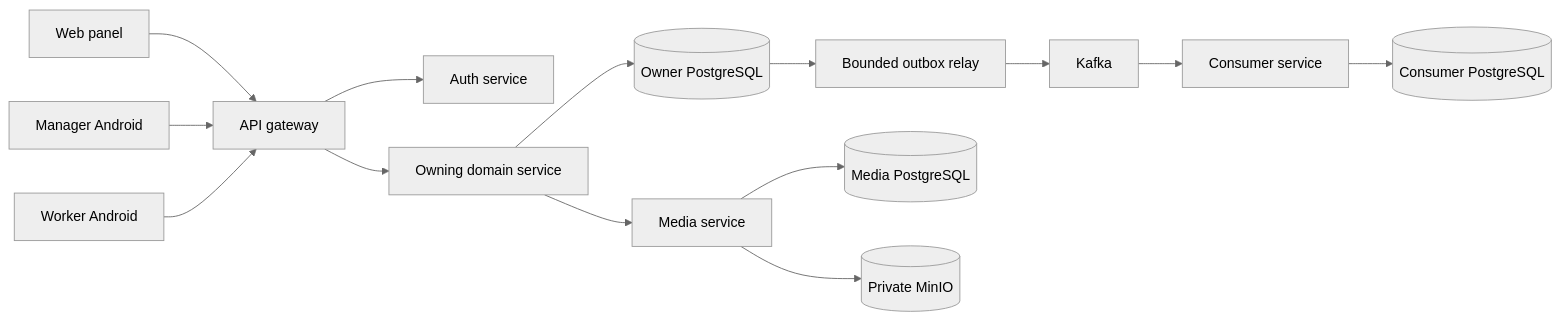
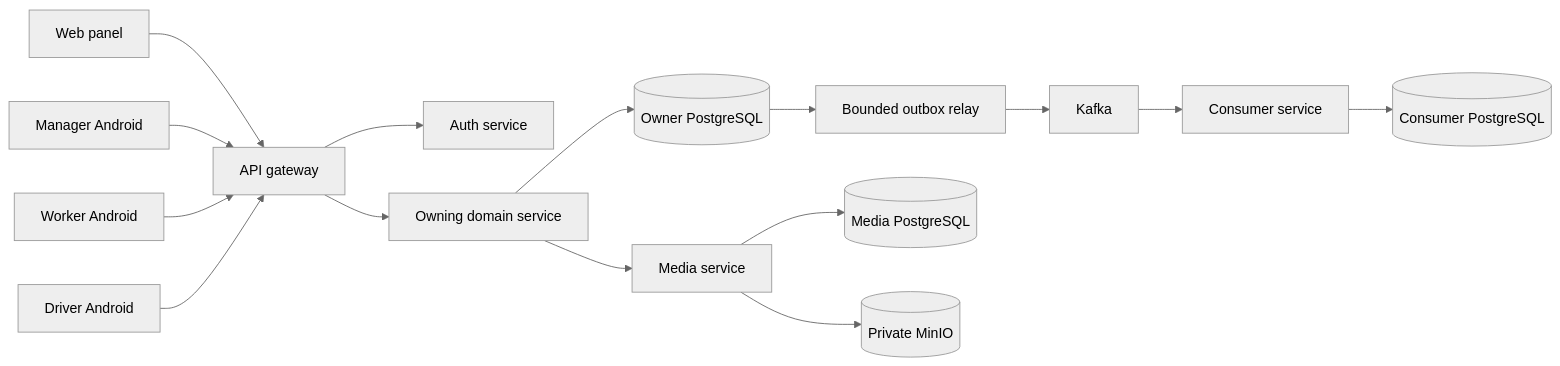
One commit to Buhanzaz/rwms changed the first of 6 diagrams in docs/project-knowledge/runtime-flows.md. Above: the diagram before and after it, drawn with Mermaid (neutral theme). The commit also changed other lines of this file and 263 other files, not shown here.

````diff
--- a/docs/project-knowledge/runtime-flows.md
+++ b/docs/project-knowledge/runtime-flows.md
@@ -25,16 +25,17 @@
 ```mermaid
 flowchart LR
     Panel[Web panel] --> Gateway[API gateway]
     Manager[Manager Android] --> Gateway
     Worker[Worker Android] --> Gateway
+    Driver[Driver Android] --> Gateway
     Gateway --> Auth[Auth service]
     Gateway --> Owner[Owning domain service]
     Owner --> OwnerDb[(Owner PostgreSQL)]
     OwnerDb --> Relay[Bounded outbox relay]
     Relay --> Kafka[Kafka]
     Kafka --> Consumer[Consumer service]
     Consumer --> ConsumerDb[(Consumer PostgreSQL)]
     Owner --> Media[Media service]
     Media --> MediaDb[(Media PostgreSQL)]
     Media --> MinIO[(Private MinIO)]
 ```
````
